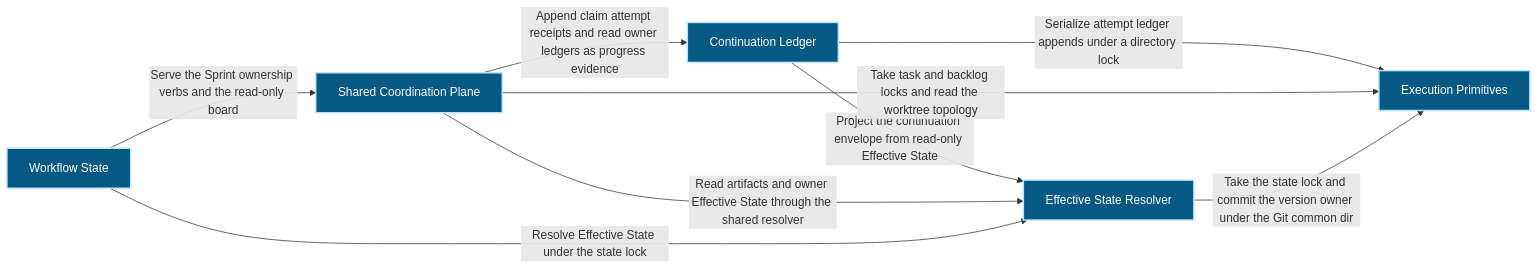
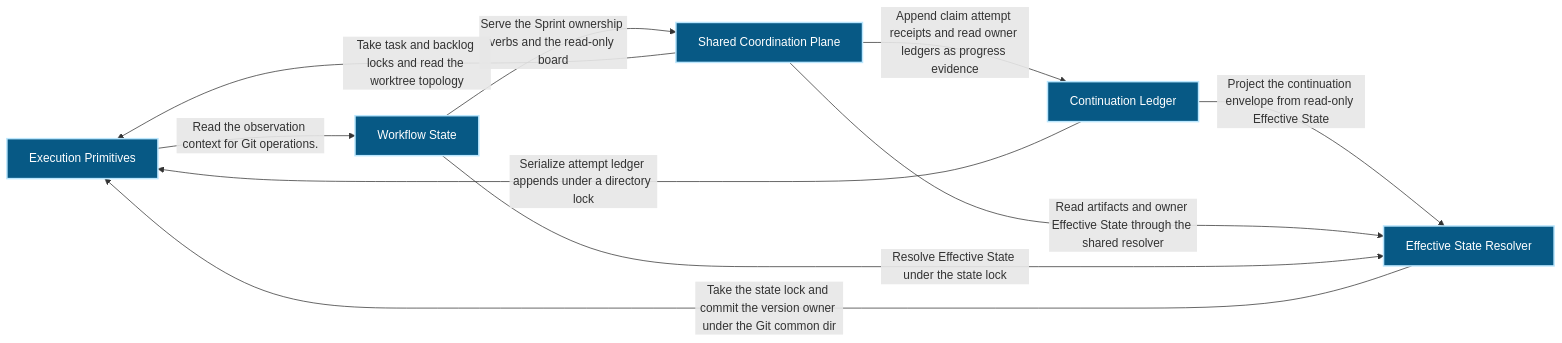
The first of 3 diagrams in docs/architecture/modules/workflow-engine/workflow-state.md (Ancienttwo/repo-harness), drawn with Mermaid before and after one commit. The commit also changed other lines of this file and 29 other files, not shown here.

Commit message:
docs(architecture): project dependency and selector repairs

````diff
--- a/docs/architecture/modules/workflow-engine/workflow-state.md
+++ b/docs/architecture/modules/workflow-engine/workflow-state.md
@@ -16,20 +16,21 @@
 ```mermaid
 flowchart LR
   p1_capability_workflow_engine_execution_primitives_b3033934["Execution Primitives"]:::component
   p1_capability_workflow_engine_workflow_state_c0df5f05["Workflow State"]:::component
   p1_component_workflow_state_continuation_ledger_379dbd7c["Continuation Ledger"]:::component
   p1_component_workflow_state_coordination_plane_01b22a1b["Shared Coordination Plane"]:::component
   p1_component_workflow_state_primary_d0fb4045["Effective State Resolver"]:::component
+  p1_capability_workflow_engine_execution_primitives_b3033934 -->|"Read the observation context for Git operations."| p1_capability_workflow_engine_workflow_state_c0df5f05
   p1_component_workflow_state_continuation_ledger_379dbd7c -->|"Serialize attempt ledger appends under a directory lock"| p1_capability_workflow_engine_execution_primitives_b3033934
   p1_component_workflow_state_continuation_ledger_379dbd7c -->|"Project the continuation envelope from read-only Effective State"| p1_component_workflow_state_primary_d0fb4045
   p1_capability_workflow_engine_workflow_state_c0df5f05 -->|"Serve the Sprint ownership verbs and the read-only board"| p1_component_workflow_state_coordination_plane_01b22a1b
   p1_component_workflow_state_coordination_plane_01b22a1b -->|"Append claim attempt receipts and read owner ledgers as progress evidence"| p1_component_workflow_state_continuation_ledger_379dbd7c
   p1_component_workflow_state_coordination_plane_01b22a1b -->|"Take task and backlog locks and read the worktree topology"| p1_capability_workflow_engine_execution_primitives_b3033934
   p1_component_workflow_state_coordination_plane_01b22a1b -->|"Read artifacts and owner Effective State through the shared resolver"| p1_component_workflow_state_primary_d0fb4045
   p1_capability_workflow_engine_workflow_state_c0df5f05 -->|"Resolve Effective State under the state lock"| p1_component_workflow_state_primary_d0fb4045
   p1_component_workflow_state_primary_d0fb4045 -->|"Take the state lock and commit the version owner under the Git common dir"| p1_capability_workflow_engine_execution_primitives_b3033934
   classDef actor fill:#111827,color:#ffffff,stroke:#f9fafb,stroke-width:2px
   classDef component fill:#075985,color:#ffffff,stroke:#bae6fd,stroke-width:2px
   classDef datastore fill:#3f6212,color:#ffffff,stroke:#d9f99d,stroke-width:2px
   classDef external fill:#7c2d12,color:#ffffff,stroke:#fed7aa,stroke-width:2px
 ```
````
